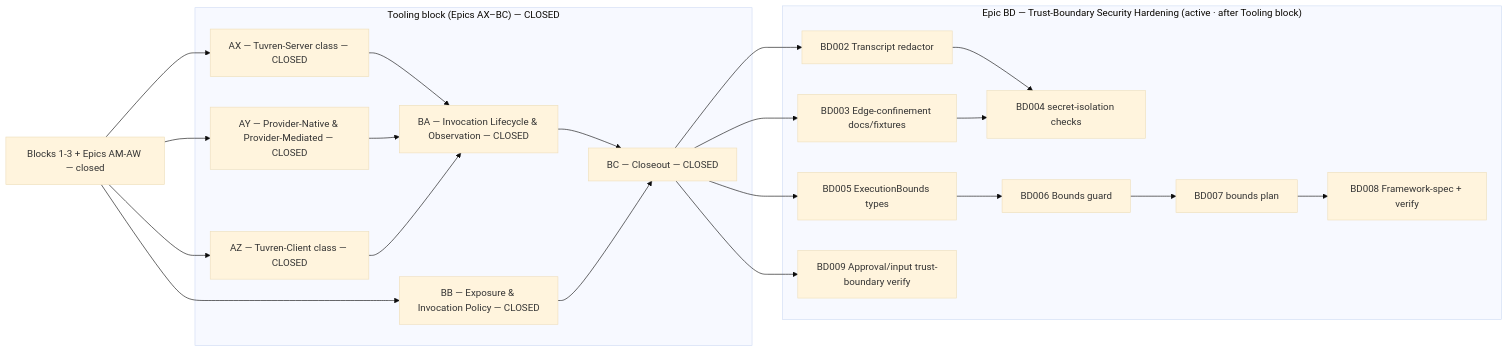
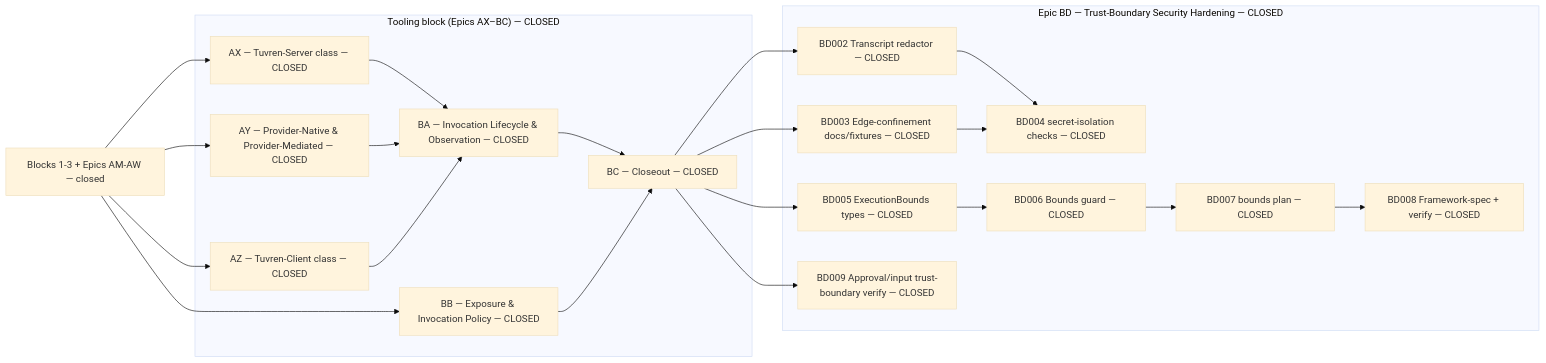
Before and after one commit to Tuvren/framework: the diagram in .constitution/tasks/critical-path.md, drawn with Mermaid (base theme). The commit also changed other lines of this file and 73 other files, not shown here.

First line of the commit message:
feat(KRT-BD): Trust-Boundary Security Hardening — execution bounds, secret isolation, trust-boundary verification (#80)

````diff
--- a/.constitution/tasks/critical-path.md
+++ b/.constitution/tasks/critical-path.md
@@ -84,32 +84,32 @@
 ```mermaid
 flowchart LR
   closed["Blocks 1-3 + Epics AM-AW — closed"]
 
   subgraph tooling["Tooling block (Epics AX–BC) — CLOSED"]
     AXep["AX — Tuvren-Server class — CLOSED"]
     AYep["AY — Provider-Native & Provider-Mediated — CLOSED"]
     AZep["AZ — Tuvren-Client class — CLOSED"]
     AXep --> BAep["BA — Invocation Lifecycle & Observation — CLOSED"]
     AYep --> BAep
     AZep --> BAep
     BBep["BB — Exposure & Invocation Policy — CLOSED"]
     BAep --> BCep["BC — Closeout — CLOSED"]
     BBep --> BCep
   end
 
-  subgraph trust["Epic BD — Trust-Boundary Security Hardening (active · after Tooling block)"]
-    BD2["BD002 Transcript redactor"] --> BD4["BD004 secret-isolation checks"]
-    BD3["BD003 Edge-confinement docs/fixtures"] --> BD4
-    BD5["BD005 ExecutionBounds types"] --> BD6["BD006 Bounds guard"] --> BD7["BD007 bounds plan"] --> BD8["BD008 Framework-spec + verify"]
-    BD9["BD009 Approval/input trust-boundary verify"]
+  subgraph trust["Epic BD — Trust-Boundary Security Hardening — CLOSED"]
+    BD2["BD002 Transcript redactor — CLOSED"] --> BD4["BD004 secret-isolation checks — CLOSED"]
+    BD3["BD003 Edge-confinement docs/fixtures — CLOSED"] --> BD4
+    BD5["BD005 ExecutionBounds types — CLOSED"] --> BD6["BD006 Bounds guard — CLOSED"] --> BD7["BD007 bounds plan — CLOSED"] --> BD8["BD008 Framework-spec + verify — CLOSED"]
+    BD9["BD009 Approval/input trust-boundary verify — CLOSED"]
   end
 
   closed --> AXep
   closed --> AYep
   closed --> AZep
   closed --> BBep
   BCep --> BD2
   BCep --> BD3
   BCep --> BD5
   BCep --> BD9
 ```
````
